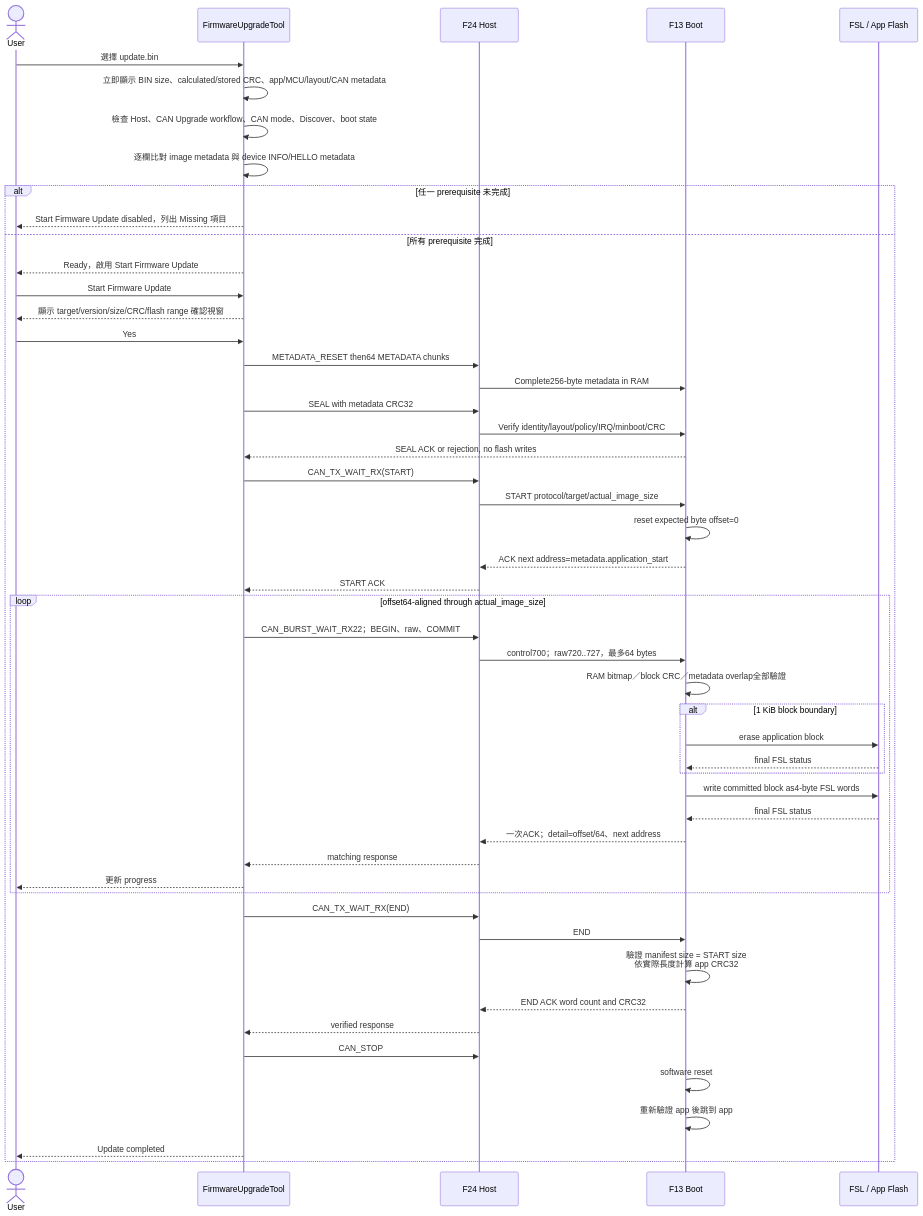
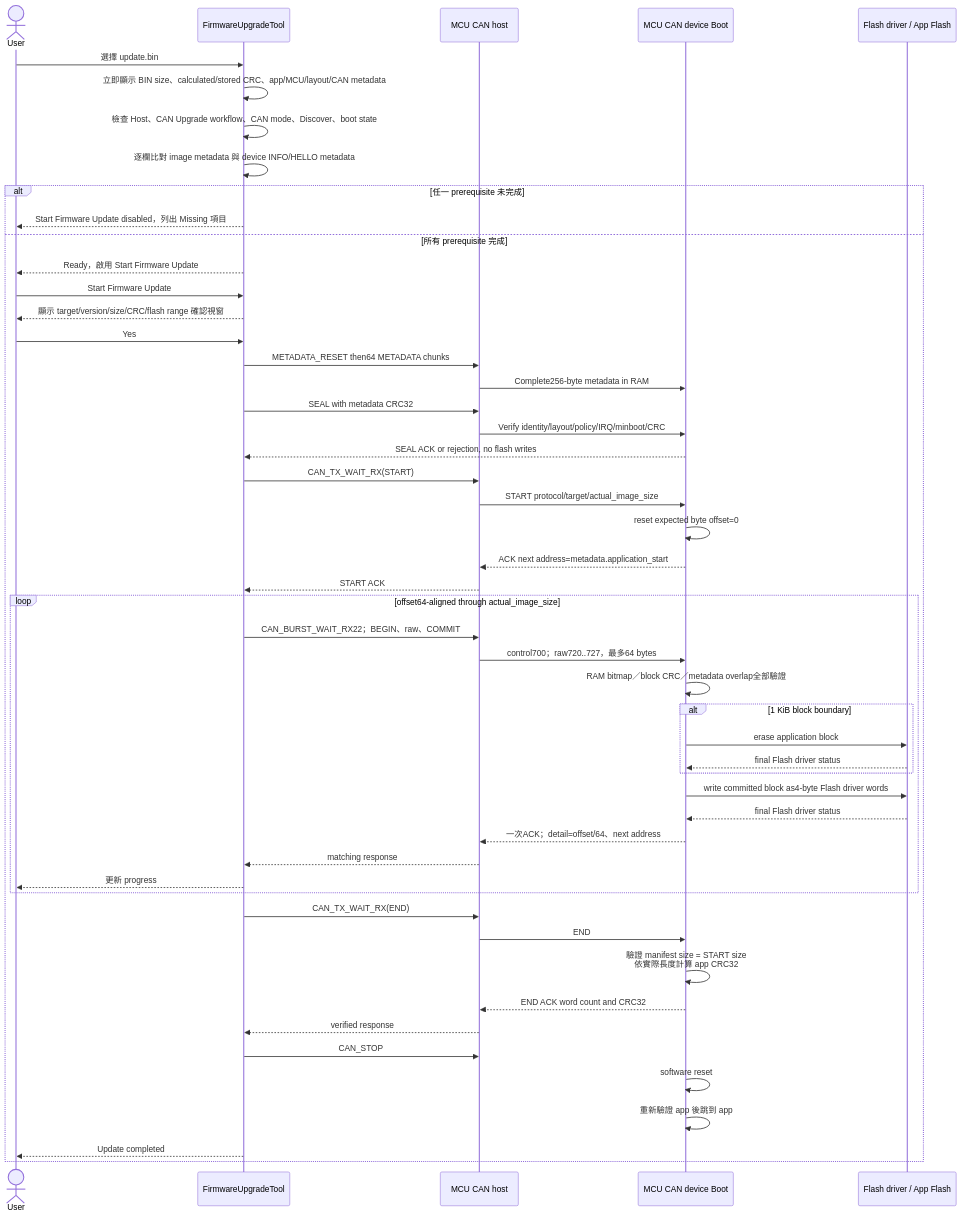
The ninth of 10 diagrams in docs/F13_BOOT_UPDATE_FLOW_zh-TW.md (released/simple_renesas_isp_tool), drawn with Mermaid before and after one commit. The commit also changed other lines of this file and 41 other files, not shown here.

````diff
--- a/docs/F13_BOOT_UPDATE_FLOW_zh-TW.md
+++ b/docs/F13_BOOT_UPDATE_FLOW_zh-TW.md
@@ -491,54 +386,54 @@
 ```mermaid
 sequenceDiagram
     actor U as User
     participant T as FirmwareUpgradeTool
-    participant H as F24 Host
-    participant B as F13 Boot
-    participant F as FSL / App Flash
+    participant H as MCU CAN host
+    participant B as MCU CAN device Boot
+    participant F as Flash driver / App Flash
 
     U->>T: 選擇 update.bin
     T->>T: 立即顯示 BIN size、calculated/stored CRC、app/MCU/layout/CAN metadata
     T->>T: 檢查 Host、CAN Upgrade workflow、CAN mode、Discover、boot state
     T->>T: 逐欄比對 image metadata 與 device INFO/HELLO metadata
     alt 任一 prerequisite 未完成
         T-->>U: Start Firmware Update disabled，列出 Missing 項目
     else 所有 prerequisite 完成
         T-->>U: Ready，啟用 Start Firmware Update
         U->>T: Start Firmware Update
         T-->>U: 顯示 target/version/size/CRC/flash range 確認視窗
         U->>T: Yes
         T->>H: METADATA_RESET then64 METADATA chunks
         H->>B: Complete256-byte metadata in RAM
         T->>H: SEAL with metadata CRC32
         H->>B: Verify identity/layout/policy/IRQ/minboot/CRC
         B-->>T: SEAL ACK or rejection, no flash writes
         T->>H: CAN_TX_WAIT_RX(START)
         H->>B: START protocol/target/actual_image_size
         B->>B: reset expected byte offset=0
         B-->>H: ACK next address=metadata.application_start
         H-->>T: START ACK
         loop offset64-aligned through actual_image_size
             T->>H: CAN_BURST_WAIT_RX22；BEGIN、raw、COMMIT
             H->>B: control700；raw720..727，最多64 bytes
             B->>B: RAM bitmap／block CRC／metadata overlap全部驗證
             alt 1 KiB block boundary
                 B->>F: erase application block
-                F-->>B: final FSL status
+                F-->>B: final Flash driver status
             end
-            B->>F: write committed block as4-byte FSL words
-            F-->>B: final FSL status
+            B->>F: write committed block as4-byte Flash driver words
+            F-->>B: final Flash driver status
             B-->>H: 一次ACK；detail=offset/64、next address
             H-->>T: matching response
             T-->>U: 更新 progress
         end
         T->>H: CAN_TX_WAIT_RX(END)
         H->>B: END
         B->>B: 驗證 manifest size = START size<br/>依實際長度計算 app CRC32
         B-->>H: END ACK word count and CRC32
         H-->>T: verified response
         T->>H: CAN_STOP
         B->>B: software reset
         B->>B: 重新驗證 app 後跳到 app
         T-->>U: Update completed
     end
 ```
````
